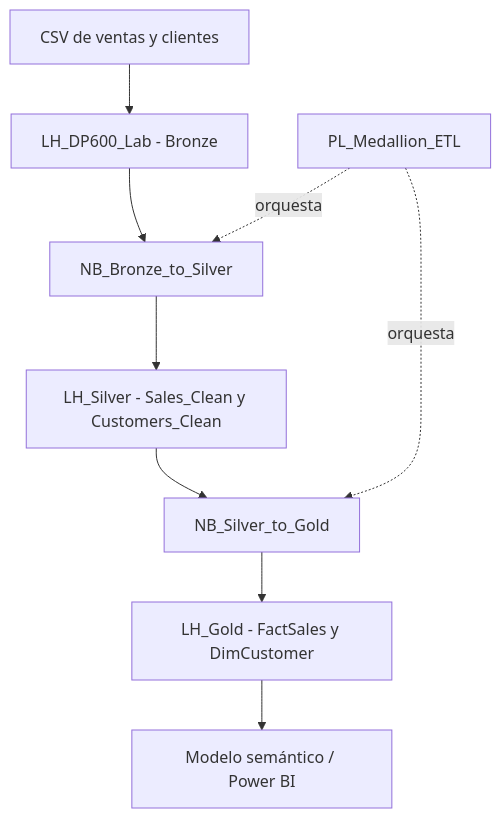
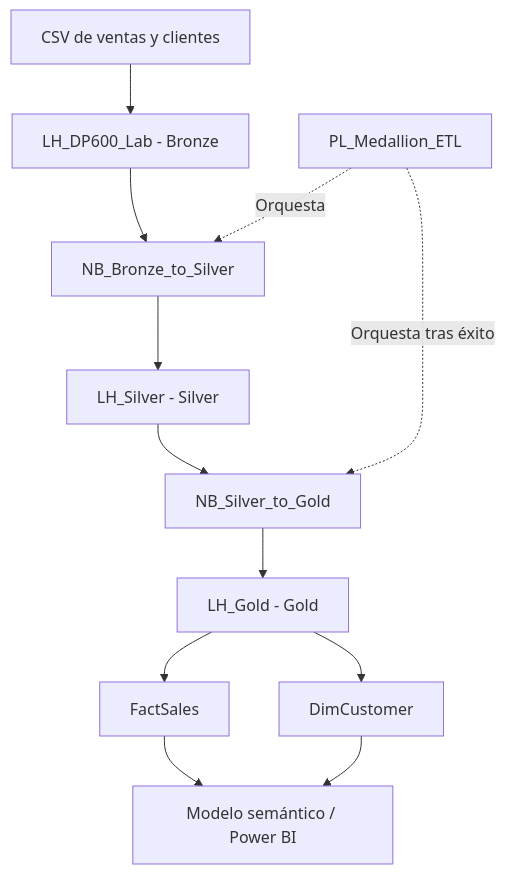
Before and after one commit to mjd-dataalchemist/fabric-medallion-architecture: the diagram in README.md, drawn with Mermaid. The commit also changed other lines of this file, not shown here.

````diff
--- a/README.md
+++ b/README.md
@@ -14,11 +30,15 @@
 ```mermaid
 flowchart TD
-    A[CSV de ventas y clientes] --> B[LH_DP600_Lab - Bronze]
-    B --> C[NB_Bronze_to_Silver]
-    C --> D[LH_Silver - Sales_Clean y Customers_Clean]
-    D --> E[NB_Silver_to_Gold]
-    E --> F[LH_Gold - FactSales y DimCustomer]
-    F --> G[Modelo semántico / Power BI]
-    H[PL_Medallion_ETL] -. orquesta .-> C
-    H -. orquesta .-> E
+    A["CSV de ventas y clientes"] --> B["LH_DP600_Lab - Bronze"]
+    B --> C["NB_Bronze_to_Silver"]
+    C --> D["LH_Silver - Silver"]
+    D --> E["NB_Silver_to_Gold"]
+    E --> F["LH_Gold - Gold"]
+    F --> G["FactSales"]
+    F --> H["DimCustomer"]
+    G --> I["Modelo semántico / Power BI"]
+    H --> I
+
+    P["PL_Medallion_ETL"] -. "Orquesta" .-> C
+    P -. "Orquesta tras éxito" .-> E
 ```
````
